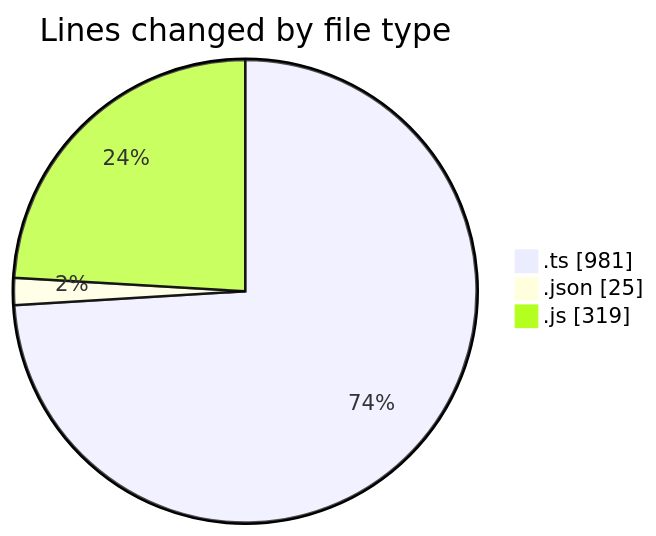
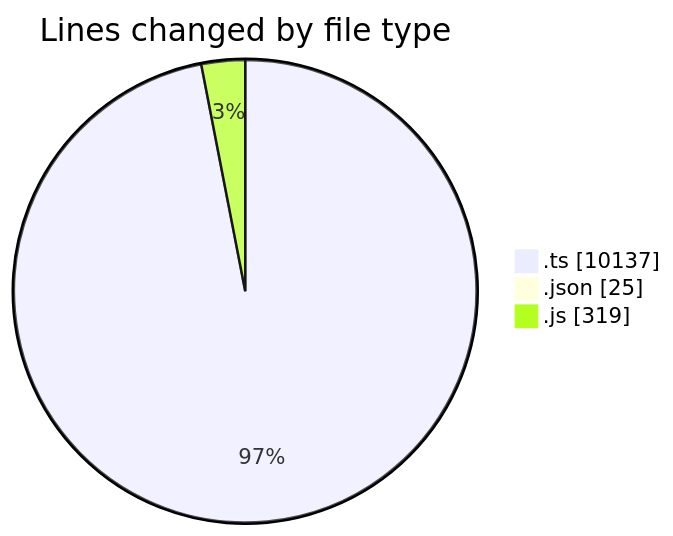
The first of 2 diagrams in 2025-09-10/cda/README.md (momahboobian/code-tracking), drawn with Mermaid before and after one commit. The commit also changed other lines of this file and 1 other file, not shown here.

````diff
--- a/2025-09-10/cda/README.md
+++ b/2025-09-10/cda/README.md
@@ -23,7 +24,7 @@
 ```mermaid
 pie showData
 title Lines changed by file type
-".ts" : 981
+".ts" : 10137
 ".json" : 25
 ".js" : 319
 ```
````
